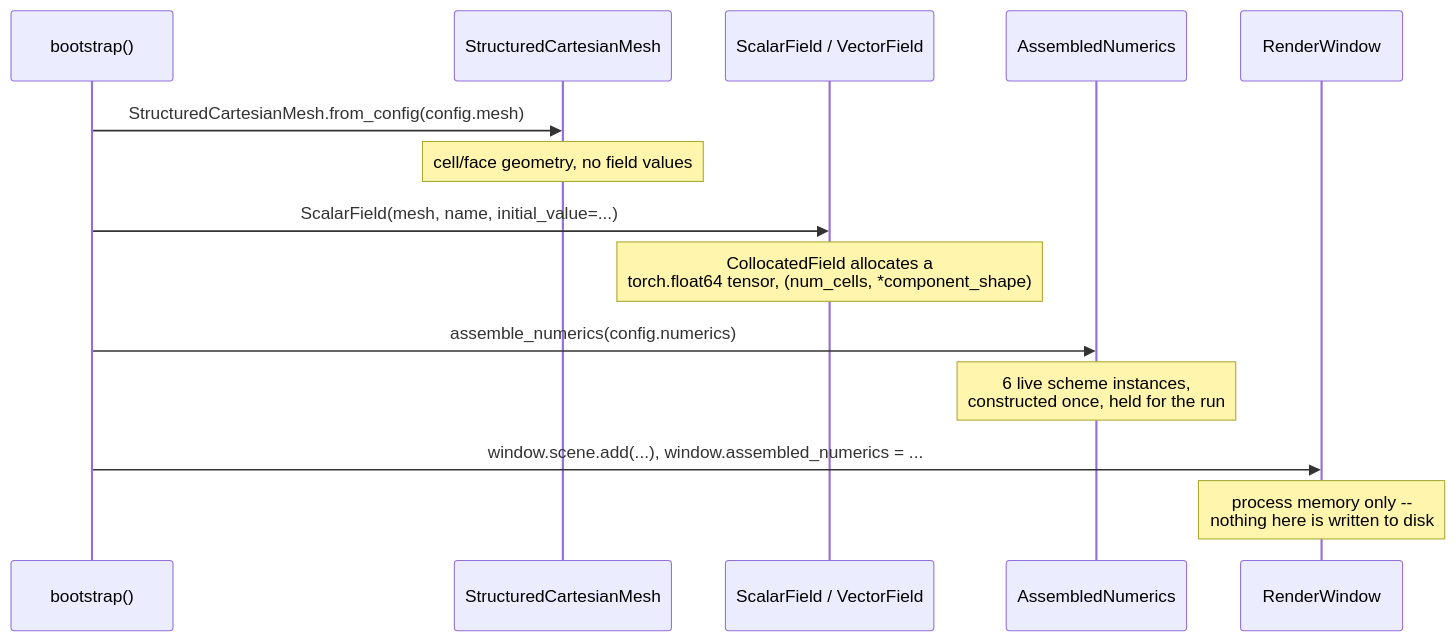
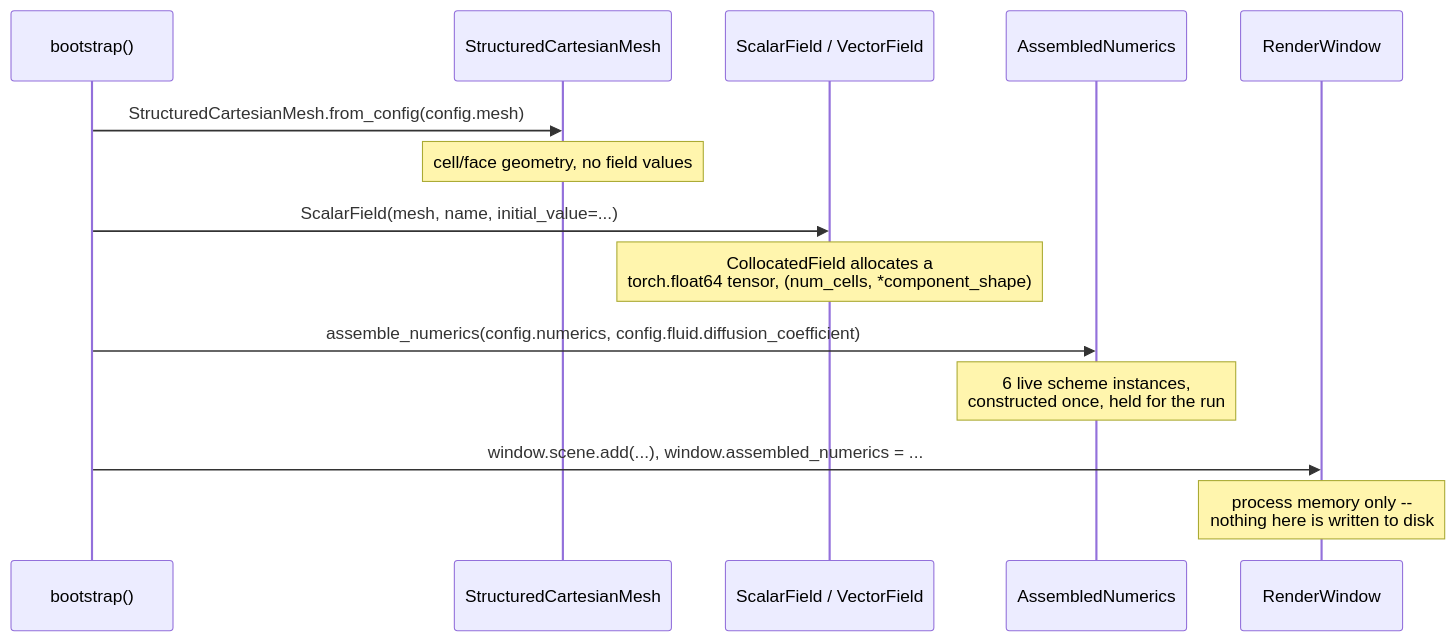
One commit to AdamClemens/PyFlow changed the fourth of 5 diagrams in docs/architecture/sequences.md. Above: the diagram before and after it, drawn with Mermaid. The commit also changed other lines of this file and 24 other files, not shown here.

First line of the commit message:
Add fluid configuration section, migrate diffusion_coefficient into it (TASK-041)

````diff
--- a/docs/architecture/sequences.md
+++ b/docs/architecture/sequences.md
@@ -197,17 +197,17 @@
 ```mermaid
 sequenceDiagram
     participant bootstrap as bootstrap()
     participant Mesh as StructuredCartesianMesh
     participant Field as ScalarField / VectorField
     participant Numerics as AssembledNumerics
     participant Window as RenderWindow
 
     bootstrap->>Mesh: StructuredCartesianMesh.from_config(config.mesh)
     Note over Mesh: cell/face geometry, no field values
     bootstrap->>Field: ScalarField(mesh, name, initial_value=...)
     Note over Field: CollocatedField allocates a<br/>torch.float64 tensor, (num_cells, *component_shape)
-    bootstrap->>Numerics: assemble_numerics(config.numerics)
+    bootstrap->>Numerics: assemble_numerics(config.numerics, config.fluid.diffusion_coefficient)
     Note over Numerics: 6 live scheme instances,<br/>constructed once, held for the run
     bootstrap->>Window: window.scene.add(...), window.assembled_numerics = ...
     Note over Window: process memory only --<br/>nothing here is written to disk
 ```
````
